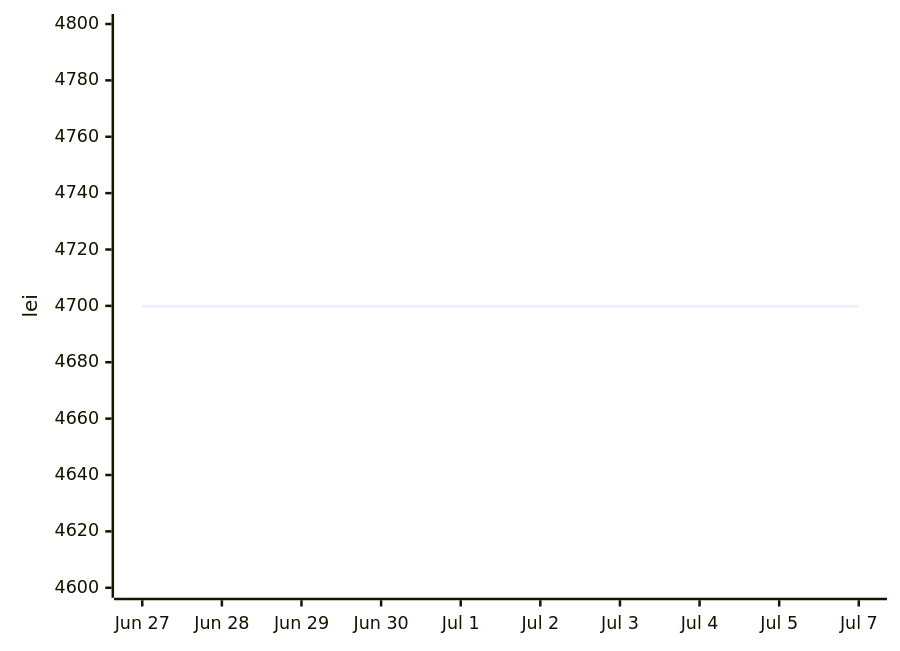
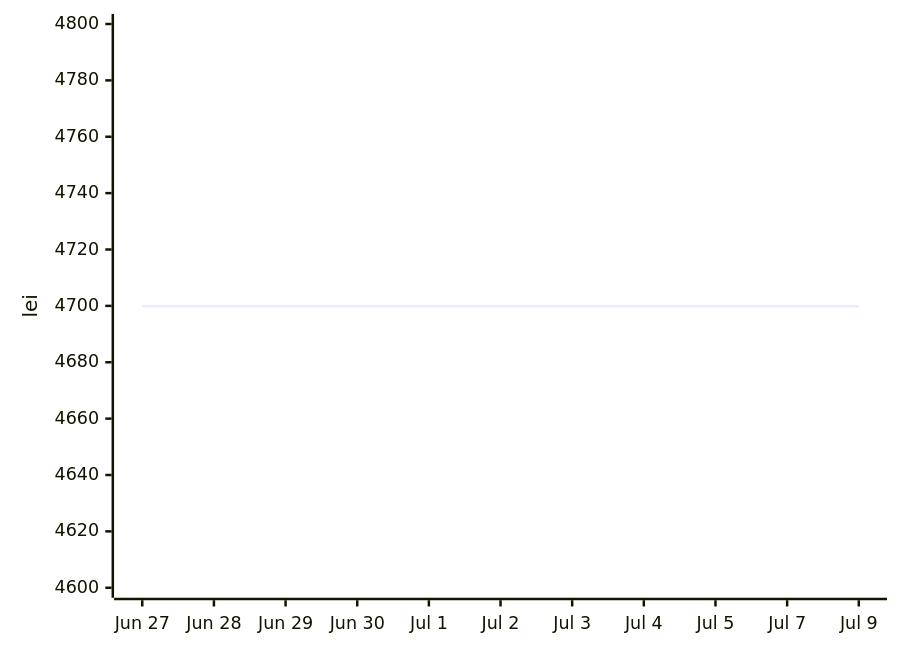
One commit to anagheioan/laptop-price-monitor changed the first of 2 diagrams in README.md. Above: the diagram before and after it, drawn with Mermaid. The commit also changed other lines of this file and 1 other file, not shown here.

Commit message:
Price check 2026-07-09

````diff
--- a/README.md
+++ b/README.md
@@ -21,6 +21,6 @@
 ```mermaid
 xychart-beta
-    x-axis ["Jun 27", "Jun 28", "Jun 29", "Jun 30", "Jul 1", "Jul 2", "Jul 3", "Jul 4", "Jul 5", "Jul 7"]
+    x-axis ["Jun 27", "Jun 28", "Jun 29", "Jun 30", "Jul 1", "Jul 2", "Jul 3", "Jul 4", "Jul 5", "Jul 7", "Jul 9"]
     y-axis "lei" 4600 --> 4800
-    line [4699.9, 4699.9, 4699.9, 4699.9, 4699.9, 4699.9, 4699.9, 4699.9, 4699.9, 4699.9]
+    line [4699.9, 4699.9, 4699.9, 4699.9, 4699.9, 4699.9, 4699.9, 4699.9, 4699.9, 4699.9, 4699.9]
 ```
````
